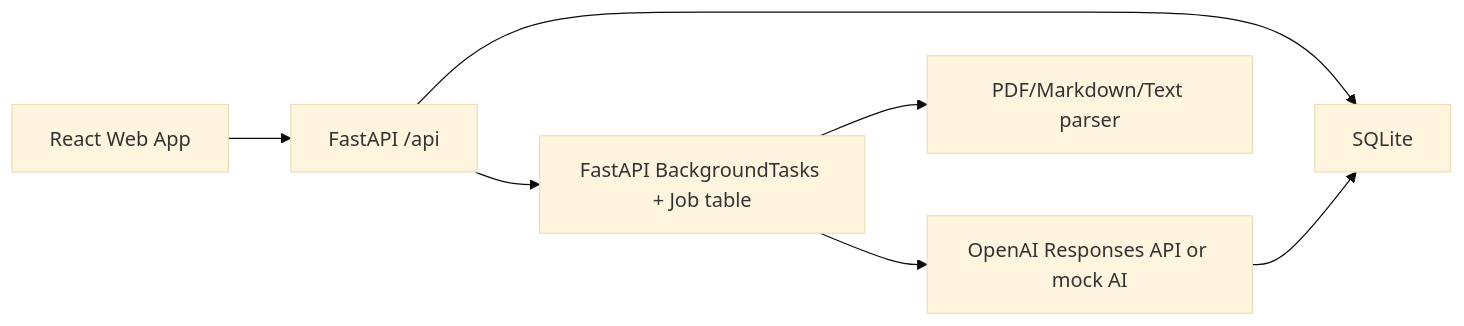
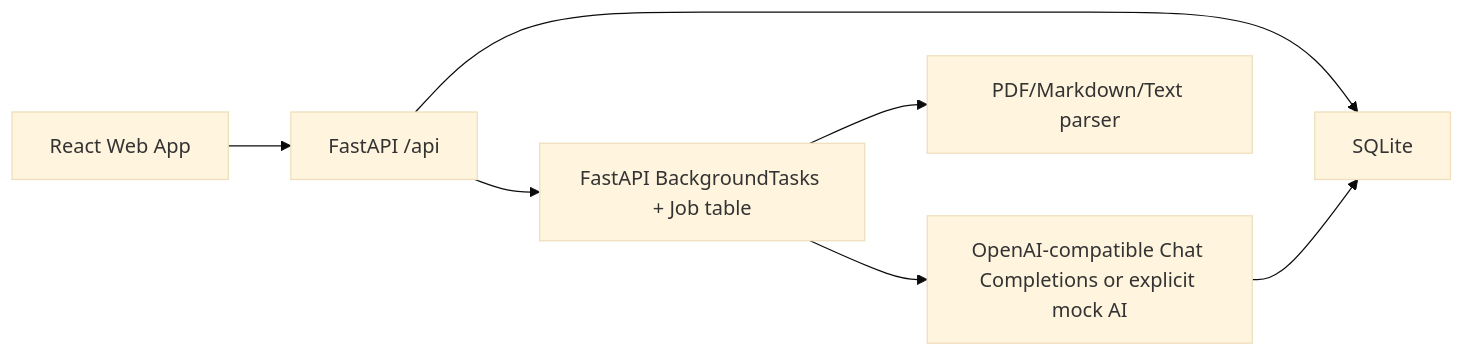
One commit to rberyou/APGL changed the diagram in docs/architecture.md. Above: the diagram before and after it, drawn with Mermaid (base theme). The commit also changed other lines of this file and 14 other files, not shown here.

Commit message:
Support OpenAI-compatible chat completions

````diff
--- a/docs/architecture.md
+++ b/docs/architecture.md
@@ -7,9 +7,9 @@
 ```mermaid
 flowchart LR
   Browser["React Web App"] --> API["FastAPI /api"]
   API --> DB["SQLite"]
   API --> Jobs["FastAPI BackgroundTasks + Job table"]
   Jobs --> Materials["PDF/Markdown/Text parser"]
-  Jobs --> AI["OpenAI Responses API or mock AI"]
+  Jobs --> AI["OpenAI-compatible Chat Completions or explicit mock AI"]
   AI --> DB
 ```
````
